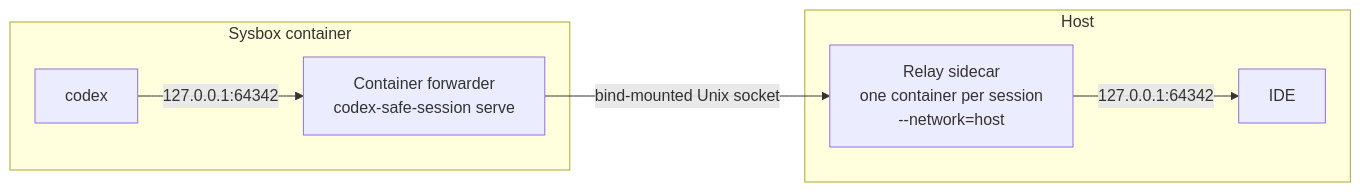
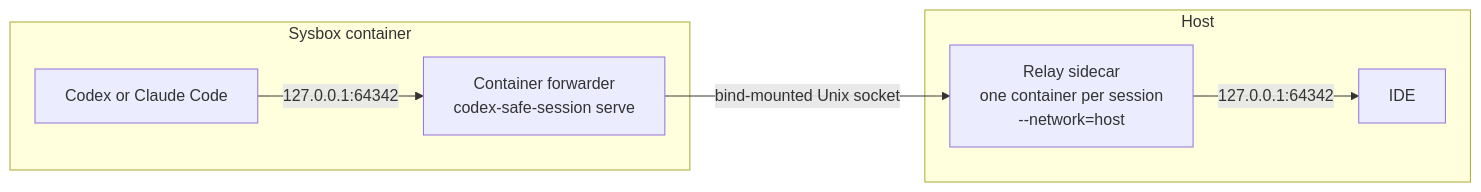
The first of 2 diagrams in docs/design-docs/host-mcp-forwarding.md (vkuptcov/agents-safe-environment), drawn with Mermaid before and after one commit. The commit also changed other lines of this file and 48 other files, not shown here.

Commit message:
Claude code support (#13)

````diff
--- a/docs/design-docs/host-mcp-forwarding.md
+++ b/docs/design-docs/host-mcp-forwarding.md
@@ -84,10 +84,10 @@
 ```mermaid
 flowchart LR
     subgraph Container["Sysbox container"]
-        Codex["codex"] -->|"127.0.0.1:64342"| Fwd["Container forwarder<br/>codex-safe-session serve"]
+        Agents["Codex or Claude Code"] -->|"127.0.0.1:64342"| Fwd["Container forwarder<br/>codex-safe-session serve"]
     end
     subgraph Host["Host"]
         Relay["Relay sidecar<br/>one container per session<br/>--network=host"] -->|"127.0.0.1:64342"| Server["IDE"]
     end
     Fwd -->|"bind-mounted Unix socket"| Relay
 ```
````
